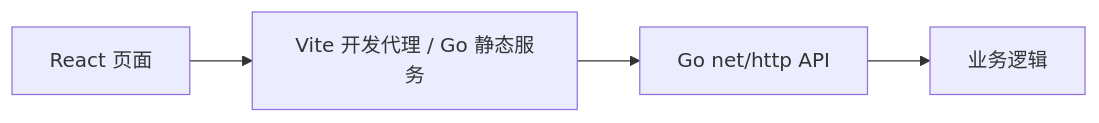
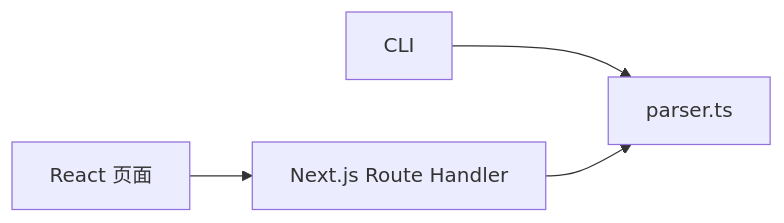
One commit to ImWenyaoT/etc changed the diagram in json-yaml-xml-parser/docs/architecture.md. Above: the diagram before and after it, drawn with Mermaid. The commit also changed other lines of this file and 52 other files, not shown here.

First line of the commit message:
refactor: rewrite json-yaml-xml-parser as Next.js 16 fullstack

````diff
--- a/json-yaml-xml-parser/docs/architecture.md
+++ b/json-yaml-xml-parser/docs/architecture.md
@@ -3,6 +3,6 @@
 ```mermaid
 flowchart LR
-  UI[React 页面] --> Proxy[Vite 开发代理 / Go 静态服务]
-  Proxy --> API[Go net/http API]
-  API --> Core[业务逻辑]
+  UI[React 页面] --> API[Next.js Route Handler]
+  CLI[CLI] --> Core[parser.ts]
+  API --> Core
 ```
````
